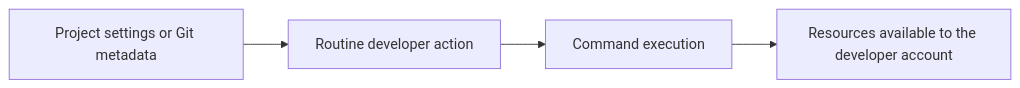
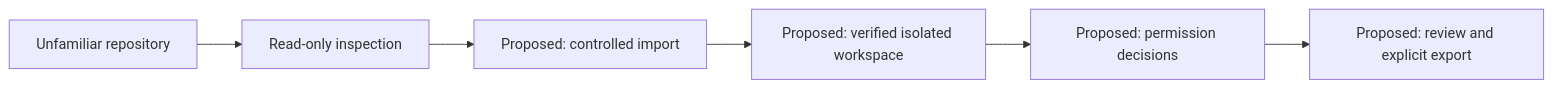
The diagram in README.md (mambisi/crazy-bastard), drawn with Mermaid before and after one commit. The commit also changed other lines of this file and 38 other files, not shown here.

First line of the commit message:
Add repository inspection and explicit execution boundaries.

````diff
--- a/README.md
+++ b/README.md
@@ -37,6 +41,8 @@
 ```mermaid
 flowchart LR
-    A["Project settings or Git metadata"] --> B["Routine developer action"]
-    B --> C["Command execution"]
-    C --> D["Resources available to the developer account"]
+    A["Unfamiliar repository"] --> B["Read-only inspection"]
+    B --> C["Proposed: controlled import"]
+    C --> D["Proposed: verified isolated workspace"]
+    D --> E["Proposed: permission decisions"]
+    E --> F["Proposed: review and explicit export"]
 ```
````
